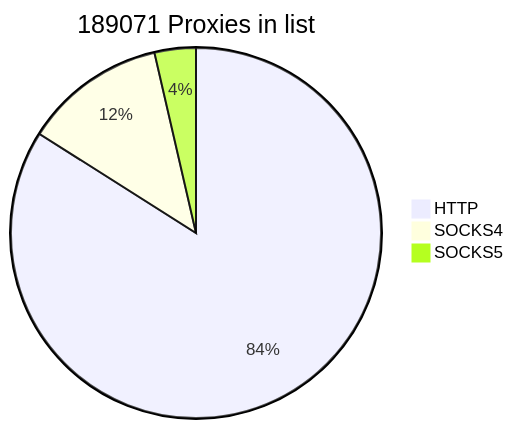
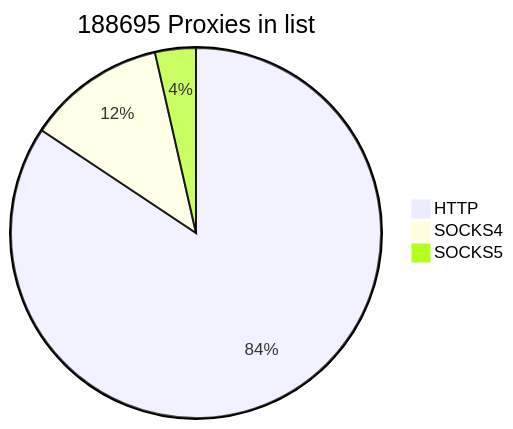
One commit to cutipu/proxylist changed the first of 2 diagrams in README.md. Above: the diagram before and after it, drawn with Mermaid. The commit also changed other lines of this file, not shown here.

````diff
--- a/README.md
+++ b/README.md
@@ -2,7 +2,7 @@
 ```mermaid
-pie title 189071 Proxies in list
-    "HTTP" : 158785
-    "SOCKS4" : 23469
-    "SOCKS5" : 6817
+pie title 188695 Proxies in list
+    "HTTP" : 159157
+    "SOCKS4" : 22816
+    "SOCKS5" : 6722
             
 ```
````
